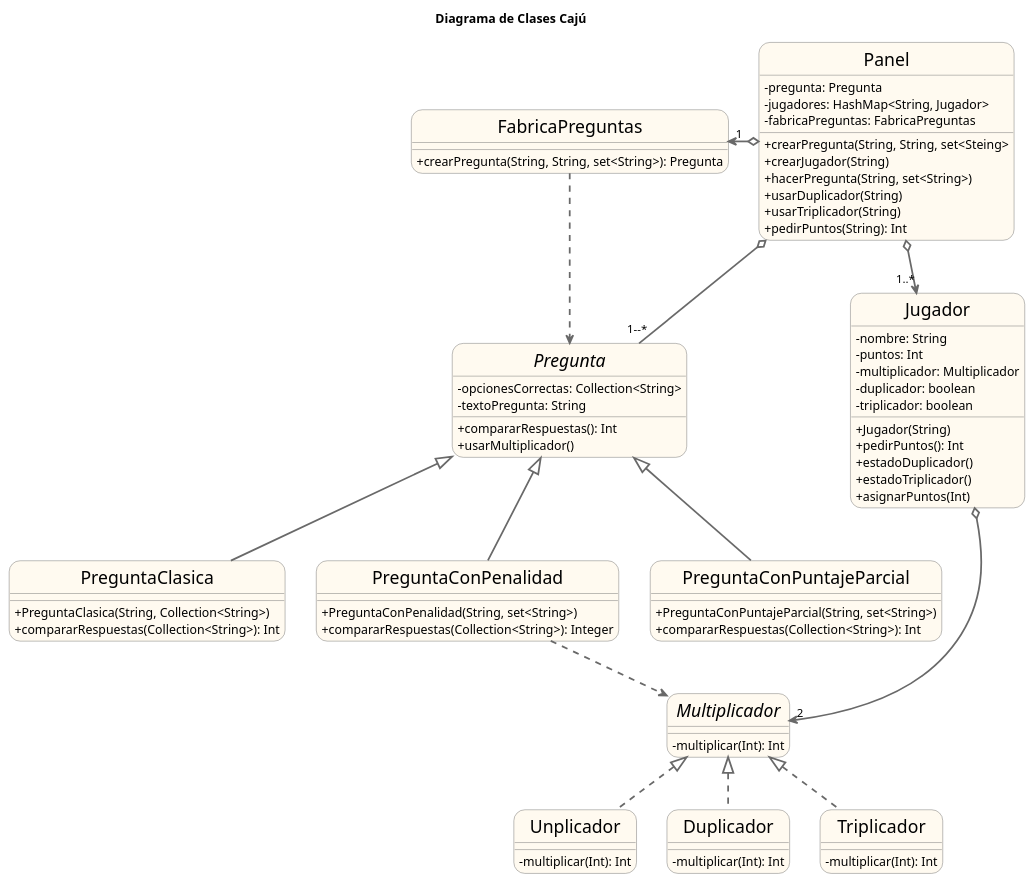
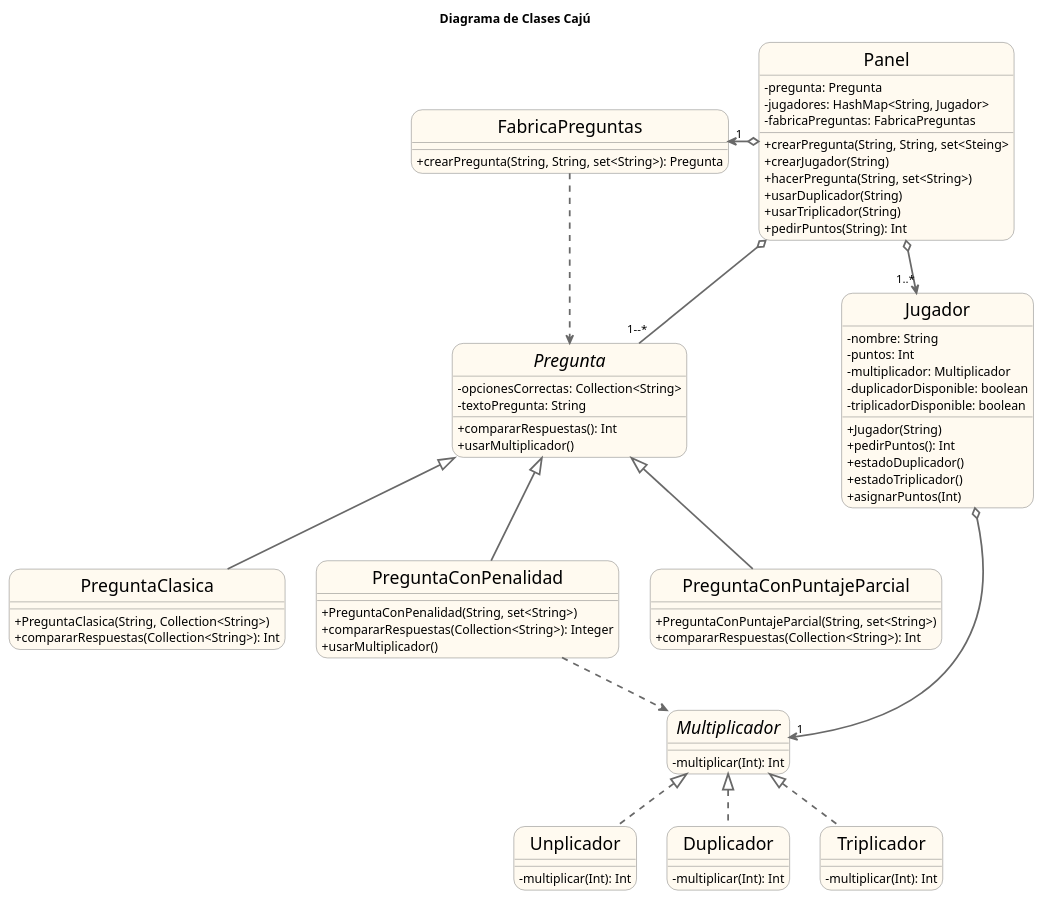
The diagram in UML/Diagrama de clases/DiagramaDeClases.puml (fvazquezf/TP_2_Algo_3), drawn with PlantUML before and after one commit. The commit also changed 2 other files, not shown here.

```diff
--- a/UML/Diagrama de clases/DiagramaDeClases.puml
+++ b/UML/Diagrama de clases/DiagramaDeClases.puml
@@ -1,97 +1,98 @@
 @startuml TP2
 
 title Diagrama de Clases Cajú
 
 hide circle
 skinparam classAttributeIconSize 0
 skinparam roundcorner 25
 skinparam sequenceArrowThickness 2
 skinparam classFontSize 20
 
 skinparam class {
 BackgroundColor FloralWhite
 ArrowColor DimGray
 BorderColor DimGray
 }
 
 class Panel{
        - pregunta: Pregunta
        - jugadores: HashMap<String, Jugador>
        - fabricaPreguntas: FabricaPreguntas
        + crearPregunta(String, String, set<Steing>
        + crearJugador(String)
        + hacerPregunta(String, set<String>)
        + usarDuplicador(String)
        + usarTriplicador(String)
        + pedirPuntos(String): Int
 }
 
 class FabricaPreguntas{
        + crearPregunta(String, String, set<String>): Pregunta
 }
 
 class Jugador{
         - nombre: String
         - puntos: Int
         - multiplicador: Multiplicador
-        - duplicador: boolean
-        - triplicador: boolean
+        - duplicadorDisponible: boolean
+        - triplicadorDisponible: boolean
         + Jugador(String)
         + pedirPuntos(): Int
         + estadoDuplicador()
         + estadoTriplicador()
         + asignarPuntos(Int)
 }
 
 abstract class Pregunta{
         - opcionesCorrectas: Collection<String>
         - textoPregunta: String
         + compararRespuestas(): Int
         + usarMultiplicador()
 }
 
 class PreguntaClasica{
         + PreguntaClasica(String, Collection<String>)
         + compararRespuestas(Collection<String>): Int
 }
 
 class PreguntaConPenalidad{
         + PreguntaConPenalidad(String, set<String>)
         + compararRespuestas(Collection<String>): Integer
+        + usarMultiplicador()
 }
 
 class PreguntaConPuntajeParcial{
         + PreguntaConPuntajeParcial(String, set<String>)
         + compararRespuestas(Collection<String>): Int
 }
 
 interface Multiplicador{
         - multiplicar(Int): Int
 }
 
 class Unplicador{
         - multiplicar(Int): Int
 }
 
 class Duplicador{
         - multiplicar(Int): Int
 }
 
 class Triplicador{
         - multiplicar(Int): Int
 }
 
 Panel o-->"1..*" Jugador
 Panel o--"1--*" Pregunta
 Panel o-left->"1" FabricaPreguntas
 FabricaPreguntas ..> Pregunta
 PreguntaClasica -up-|> Pregunta
 PreguntaConPenalidad -up-|> Pregunta
 PreguntaConPuntajeParcial -up-|> Pregunta
 Unplicador .up.|> Multiplicador
 Duplicador .up.|> Multiplicador
 Triplicador .up.|> Multiplicador
-Jugador o-->"2" Multiplicador
+Jugador o-->"1" Multiplicador
 PreguntaConPenalidad ..> Multiplicador
 
 @enduml
```
